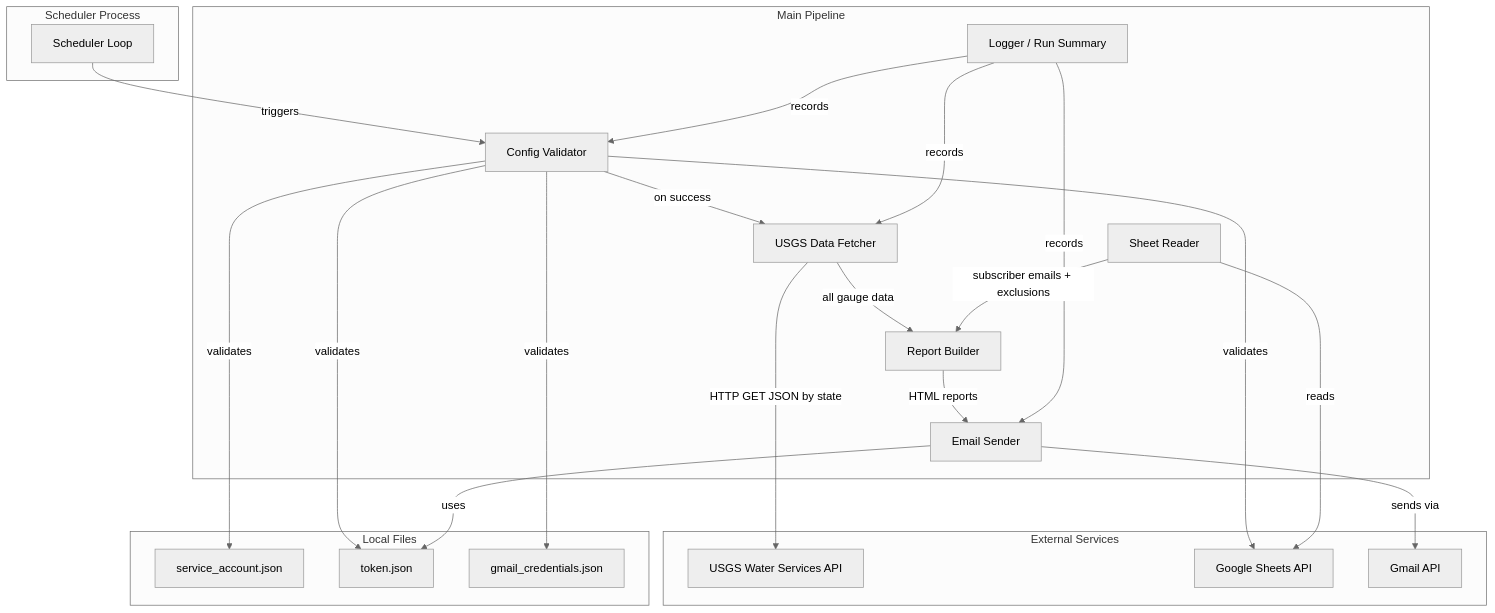
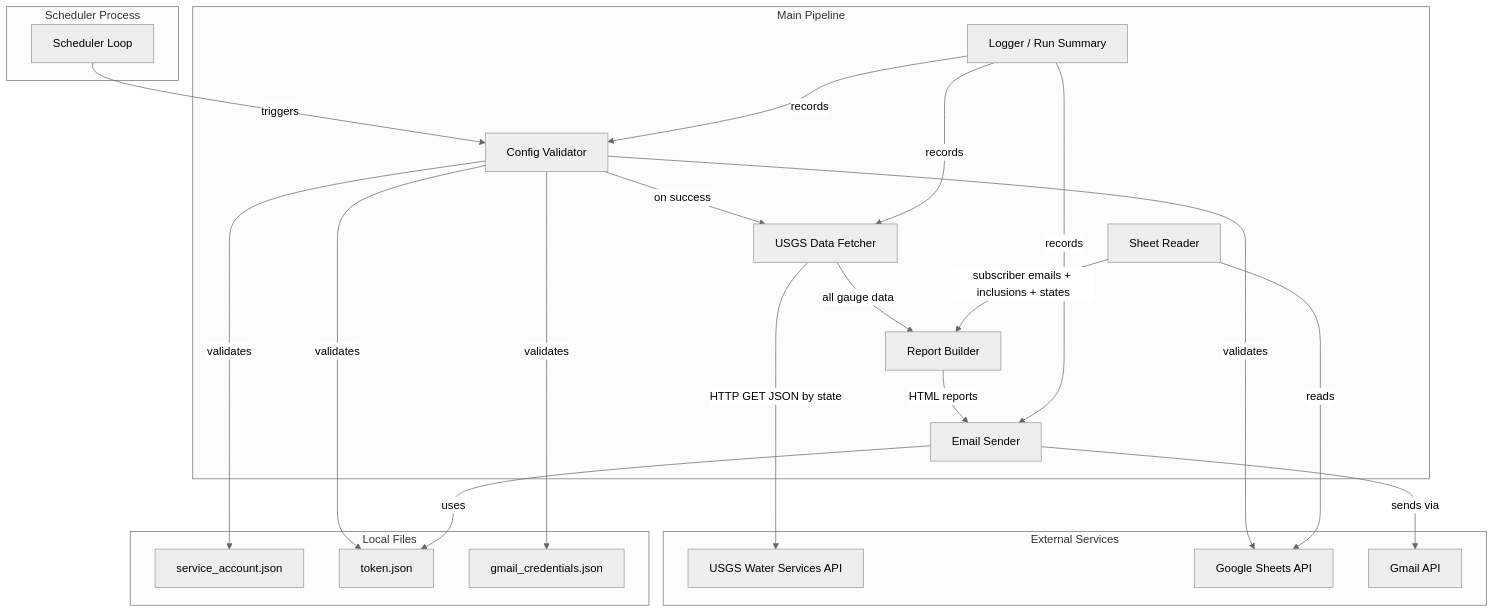
Before and after one commit to patrick-fortunato/river-level-notification-system: the first of 2 diagrams in .kiro/specs/river-level-notification-system/design.md, drawn with Mermaid (neutral theme). The commit also changed other lines of this file and 13 other files, not shown here.

````diff
--- a/.kiro/specs/river-level-notification-system/design.md
+++ b/.kiro/specs/river-level-notification-system/design.md
@@ -29,44 +29,44 @@
 ```mermaid
 graph TD
     subgraph "Scheduler Process"
         SCH[Scheduler Loop]
     end
 
     subgraph "Main Pipeline"
         VAL[Config Validator]
         USGS[USGS Data Fetcher]
         SHEET[Sheet Reader]
         BUILD[Report Builder]
         SEND[Email Sender]
         LOG[Logger / Run Summary]
     end
 
     subgraph "External Services"
         USGS_API[USGS Water Services API]
         GSHEET[Google Sheets API]
         GMAIL[Gmail API]
     end
 
     subgraph "Local Files"
         SA[service_account.json]
         TOKEN[token.json]
         CLIENT[gmail_credentials.json]
     end
 
     SCH -->|triggers| VAL
     VAL -->|validates| SA
     VAL -->|validates| TOKEN
     VAL -->|validates| CLIENT
     VAL -->|validates| GSHEET
     VAL -->|on success| USGS
     USGS -->|HTTP GET JSON by state| USGS_API
     USGS -->|all gauge data| BUILD
-    SHEET -->|subscriber emails + exclusions| BUILD
+    SHEET -->|subscriber emails + inclusions + states| BUILD
     SHEET -->|reads| GSHEET
     BUILD -->|HTML reports| SEND
     SEND -->|sends via| GMAIL
     SEND -->|uses| TOKEN
     LOG -->|records| VAL
     LOG -->|records| USGS
     LOG -->|records| SEND
 ```
````
